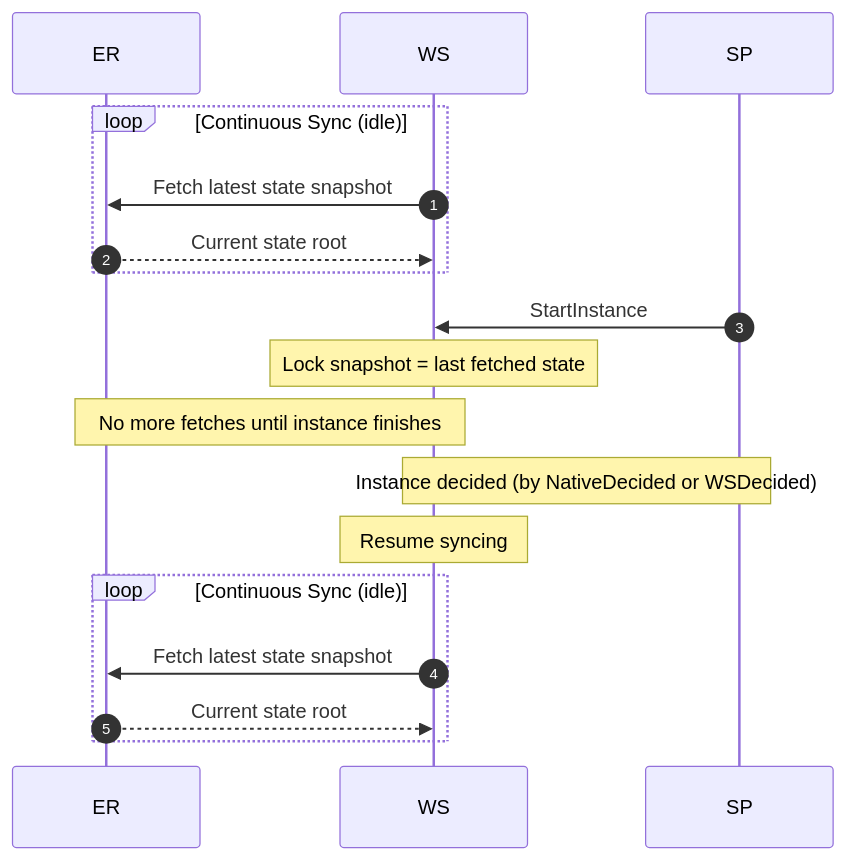
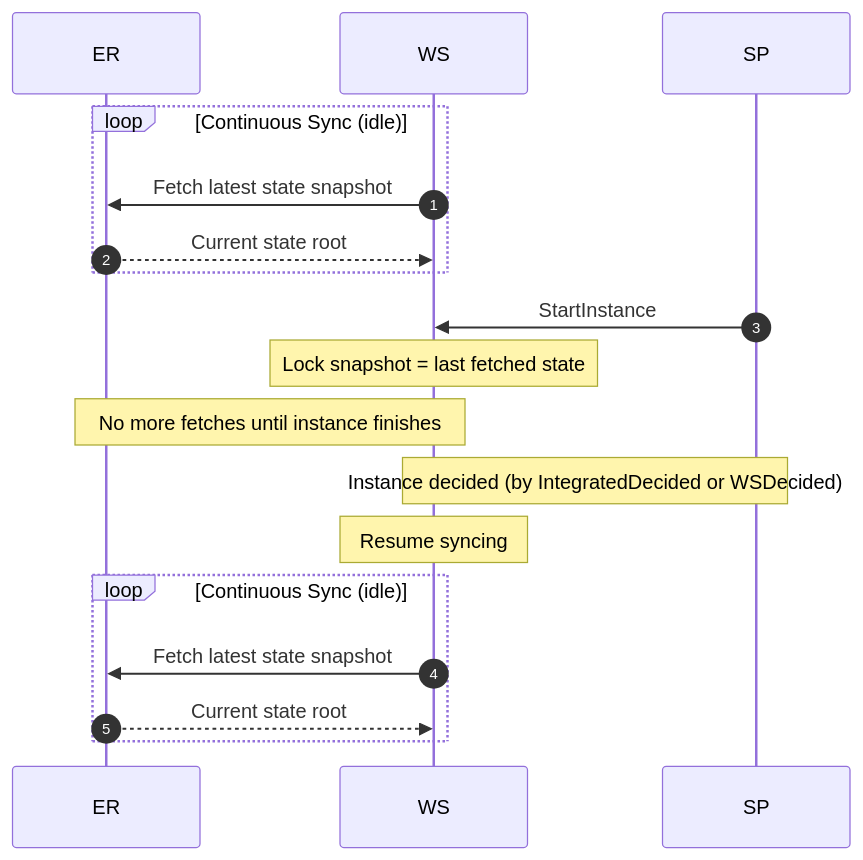
Before and after one commit to compose-network/specs: the fifth of 5 diagrams in cross_domain_composability_protocol.md, drawn with Mermaid. The commit also changed other lines of this file, not shown here.

Commit message:
replace native terminology by integrated

````diff
--- a/cross_domain_composability_protocol.md
+++ b/cross_domain_composability_protocol.md
@@ -553,26 +553,26 @@
 ```mermaid
 sequenceDiagram
     autonumber
 
     participant ER
     participant WS
     participant SP
 
     loop Continuous Sync (idle)
         WS->>ER: Fetch latest state snapshot
         ER-->>WS: Current state root
     end
 
     SP->>WS: StartInstance
     Note over WS: Lock snapshot = last fetched state
     Note over WS,ER: No more fetches until instance finishes
 
-    Note over WS,SP: Instance decided (by NativeDecided or WSDecided)
+    Note over WS,SP: Instance decided (by IntegratedDecided or WSDecided)
 
     Note over WS: Resume syncing
 
     loop Continuous Sync (idle)
         WS->>ER: Fetch latest state snapshot
         ER-->>WS: Current state root
     end
 ```
````
